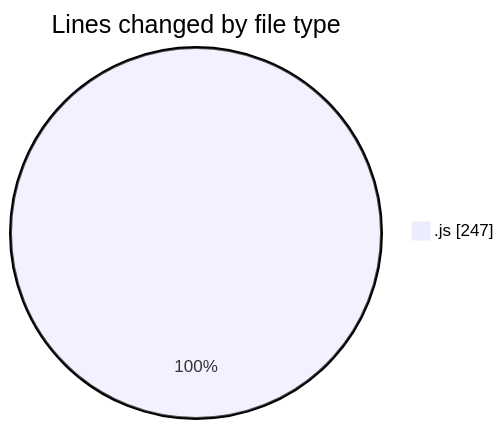
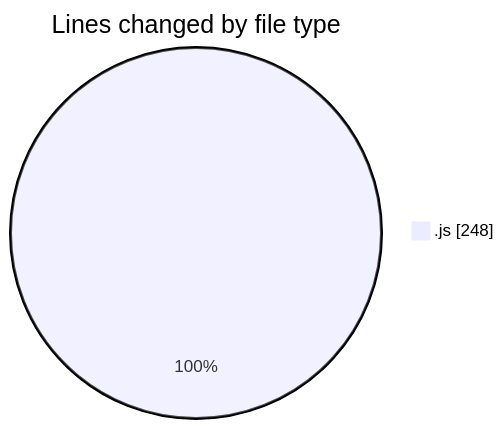
Before and after one commit to nxtqubesakshisongat/code-tracking: the first of 2 diagrams in 2025-06-19/nxtqube_webapp/README.md, drawn with Mermaid. The commit also changed other lines of this file and 1 other file, not shown here.

````diff
--- a/2025-06-19/nxtqube_webapp/README.md
+++ b/2025-06-19/nxtqube_webapp/README.md
@@ -24,5 +25,5 @@
 ```mermaid
 pie showData
 title Lines changed by file type
-".js" : 247
+".js" : 248
 ```
````
